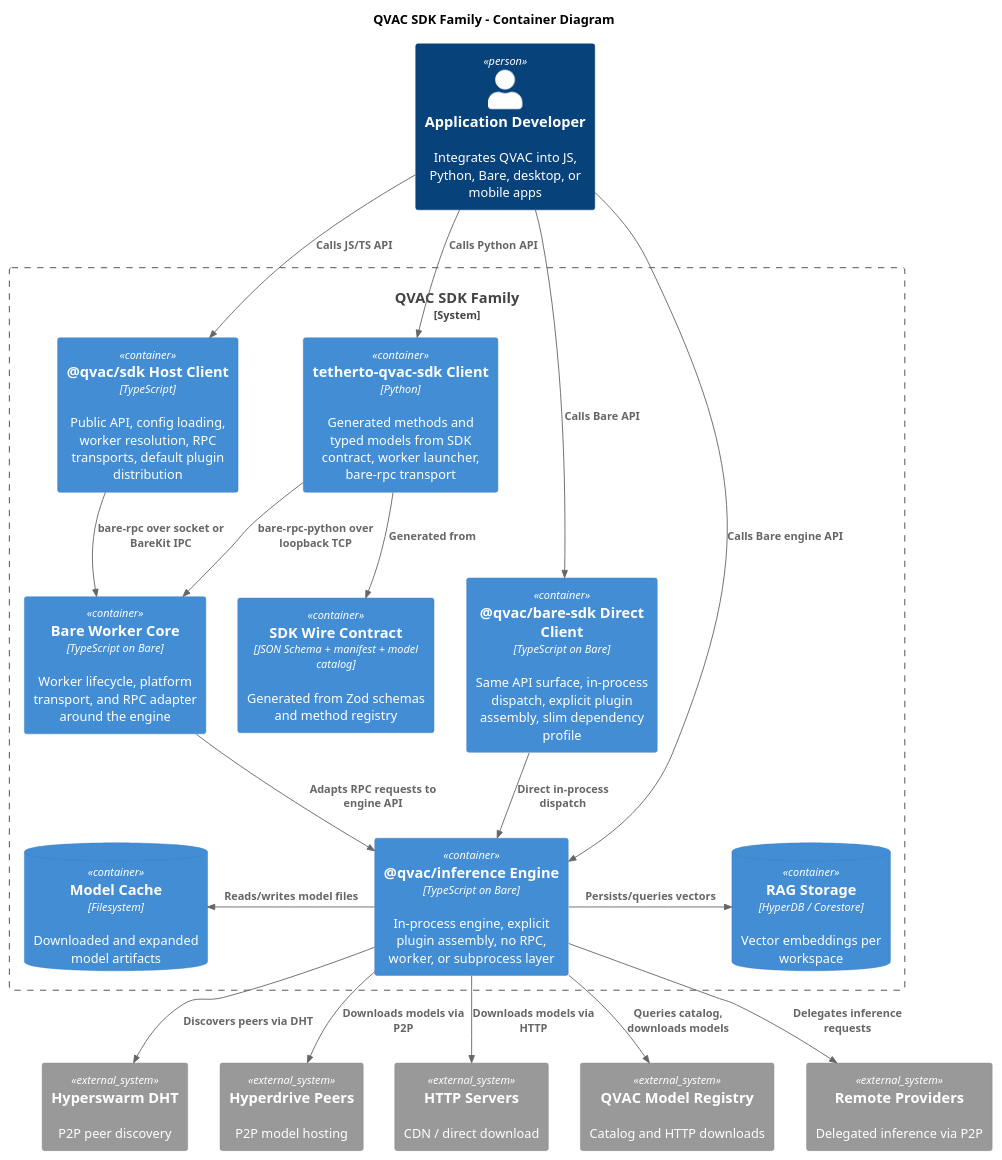
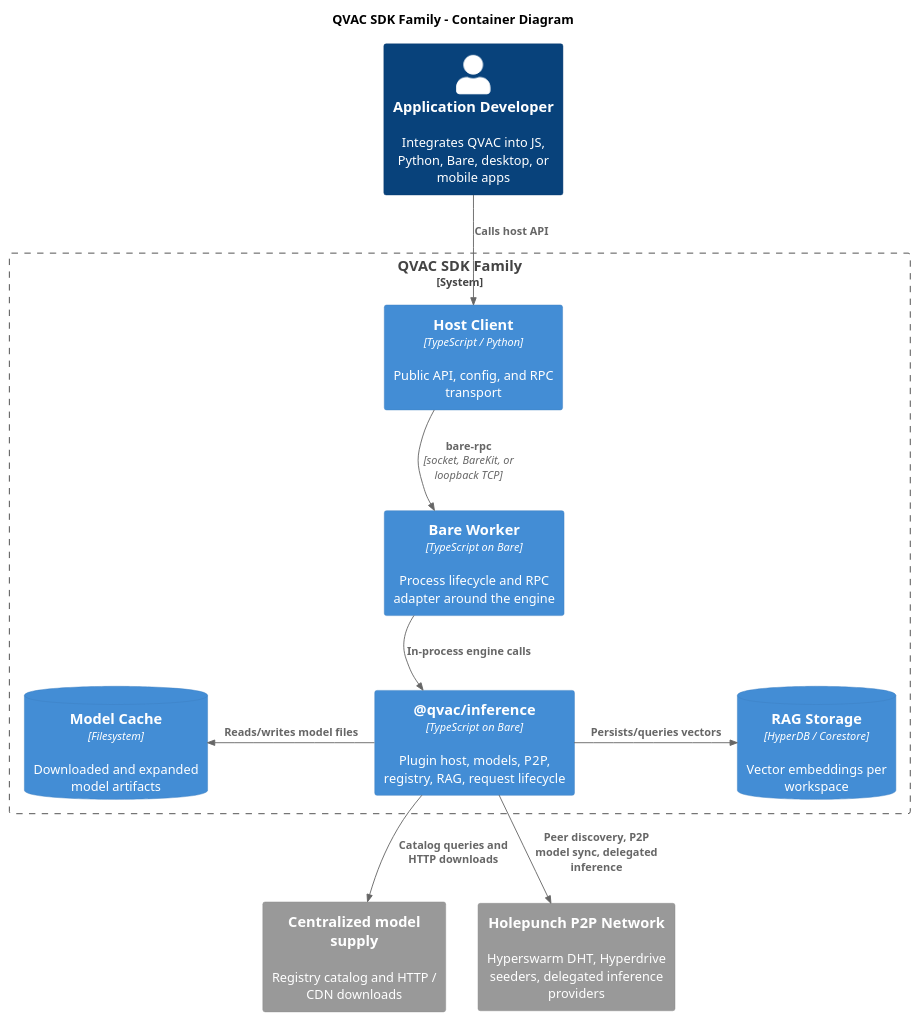
The diagram in docs/architecture/puml/02-container.puml (tetherto/qvac), drawn with PlantUML before and after one commit. The commit also changed 20 other files, not shown here.

First line of the commit message:
doc[notask]: simplify SDK family architecture diagrams

```diff
--- a/docs/architecture/puml/02-container.puml
+++ b/docs/architecture/puml/02-container.puml
@@ -1,47 +1,32 @@
 @startuml
 !include <C4/C4_Container>
+HIDE_STEREOTYPE()
 
 title QVAC SDK Family - Container Diagram
 
 Person(dev, "Application Developer", "Integrates QVAC into JS, Python, Bare, desktop, or mobile apps")
 
 System_Boundary(sdk, "QVAC SDK Family") {
-    Container(ts_client, "@qvac/sdk Host Client", "TypeScript", "Public API, config loading, worker resolution, RPC transports, default plugin distribution")
-    Container(bare_client, "@qvac/bare-sdk Direct Client", "TypeScript on Bare", "Same API surface, in-process dispatch, explicit plugin assembly, slim dependency profile")
-    Container(inference, "@qvac/inference Engine", "TypeScript on Bare", "In-process engine, explicit plugin assembly, no RPC, worker, or subprocess layer")
-    Container(py_client, "tetherto-qvac-sdk Client", "Python", "Generated methods and typed models from SDK contract, worker launcher, bare-rpc transport")
-    Container(contract, "SDK Wire Contract", "JSON Schema + manifest + model catalog", "Generated from Zod schemas and method registry")
-    Container(worker, "Bare Worker Core", "TypeScript on Bare", "Worker lifecycle, platform transport, and RPC adapter around the engine")
+    Container(client, "Host Client", "TypeScript / Python", "Public API, config, and RPC transport")
+    Container(worker, "Bare Worker", "TypeScript on Bare", "Process lifecycle and RPC adapter around the engine")
+    Container(engine, "@qvac/inference", "TypeScript on Bare", "Plugin host, models, P2P, registry, RAG, request lifecycle")
     ContainerDb(cache, "Model Cache", "Filesystem", "Downloaded and expanded model artifacts")
     ContainerDb(rag_store, "RAG Storage", "HyperDB / Corestore", "Vector embeddings per workspace")
 }
 
-System_Ext(dht, "Hyperswarm DHT", "P2P peer discovery")
-System_Ext(hyperdrive, "Hyperdrive Peers", "P2P model hosting")
-System_Ext(cdn, "HTTP Servers", "CDN / direct download")
-System_Ext(registry, "QVAC Model Registry", "Catalog and HTTP downloads")
-System_Ext(providers, "Remote Providers", "Delegated inference via P2P")
+System_Ext(central, "Centralized model supply", "Registry catalog and HTTP / CDN downloads")
+System_Ext(p2p, "Holepunch P2P Network", "Hyperswarm DHT, Hyperdrive seeders, delegated inference providers")
 
-Rel_D(dev, ts_client, "Calls JS/TS API")
-Rel_D(dev, bare_client, "Calls Bare API")
-Rel_D(dev, inference, "Calls Bare engine API")
-Rel_D(dev, py_client, "Calls Python API")
-Rel_D(py_client, contract, "Generated from")
-Rel_D(ts_client, worker, "bare-rpc over socket or BareKit IPC")
-Rel_D(py_client, worker, "bare-rpc-python over loopback TCP")
-Rel_D(worker, inference, "Adapts RPC requests to engine API")
-Rel_D(bare_client, inference, "Direct in-process dispatch")
-Rel_L(inference, cache, "Reads/writes model files")
-Rel_R(inference, rag_store, "Persists/queries vectors")
-Rel_D(inference, dht, "Discovers peers via DHT")
-Rel_D(inference, hyperdrive, "Downloads models via P2P")
-Rel_D(inference, cdn, "Downloads models via HTTP")
-Rel_D(inference, registry, "Queries catalog, downloads models")
-Rel_D(inference, providers, "Delegates inference requests")
+Rel_D(dev, client, "Calls host API")
+Rel_D(client, worker, "bare-rpc", "socket, BareKit, or loopback TCP")
+Rel_D(worker, engine, "In-process engine calls")
+Rel_L(engine, cache, "Reads/writes model files")
+Rel_R(engine, rag_store, "Persists/queries vectors")
+Rel_D(engine, central, "Catalog queries and HTTP downloads")
+Rel_D(engine, p2p, "Peer discovery, P2P model sync, delegated inference")
 
-Lay_R(dht, hyperdrive)
-Lay_R(hyperdrive, cdn)
-Lay_R(cdn, registry)
-Lay_R(registry, providers)
+Lay_D(client, worker)
+Lay_D(worker, engine)
+Lay_R(central, p2p)
 
 @enduml
```
